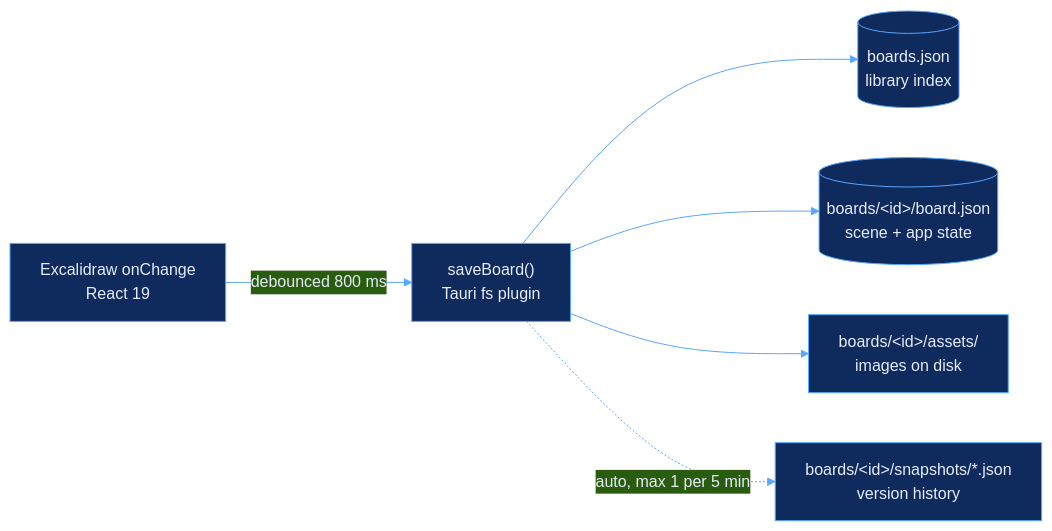
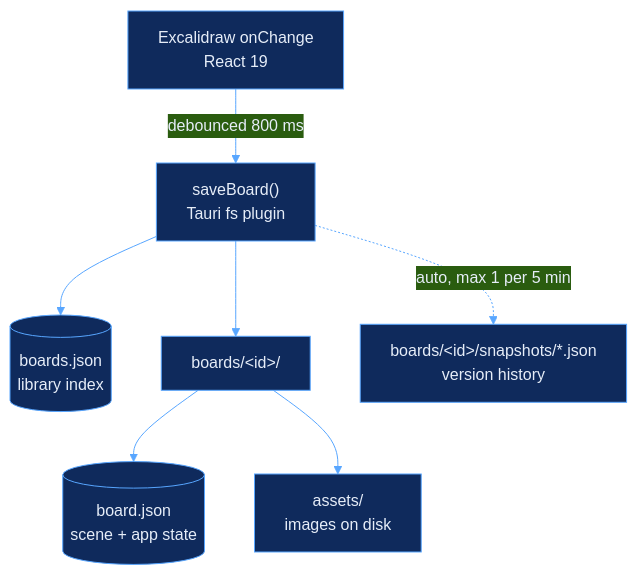
The diagram in README.md (IniEyyy/IniEyyy), drawn with Mermaid before and after one commit.

Commit message:
docs: make the Canvas save diagram fit the profile width

````diff
--- a/README.md
+++ b/README.md
@@ -30,9 +30,10 @@
 ```mermaid
 %%{init: {'theme':'base','themeVariables':{'primaryColor':'#0F2A5C','primaryTextColor':'#E6EDF8','primaryBorderColor':'#58A6FF','lineColor':'#58A6FF','fontFamily':'ui-monospace, monospace'}}}%%
-flowchart LR
+flowchart TD
   A["Excalidraw onChange<br/>React 19"] -->|"debounced 800 ms"| B["saveBoard()<br/>Tauri fs plugin"]
   B --> C[("boards.json<br/>library index")]
-  B --> D[("boards/&lt;id&gt;/board.json<br/>scene + app state")]
-  B --> E["boards/&lt;id&gt;/assets/<br/>images on disk"]
-  B -.->|"auto, max 1 per 5 min"| F["boards/&lt;id&gt;/snapshots/*.json<br/>version history"]
+  B --> D["boards/&lt;id&gt;/"]
+  D --> E[("board.json<br/>scene + app state")]
+  D --> F["assets/<br/>images on disk"]
+  B -.->|"auto, max 1 per 5 min"| G["boards/&lt;id&gt;/snapshots/*.json<br/>version history"]
 ```
````
